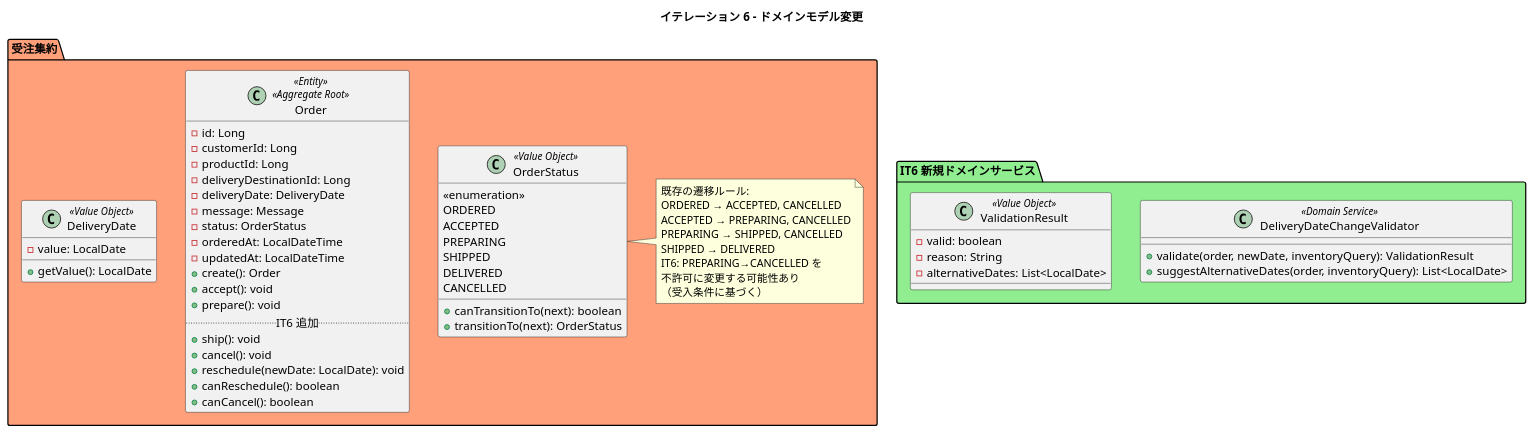
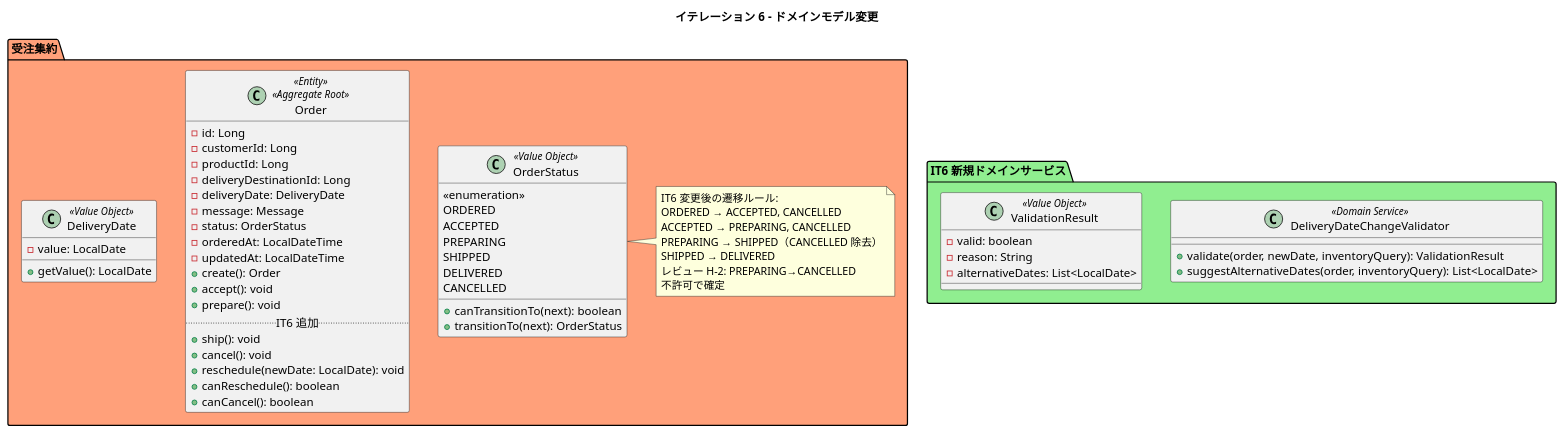
Before and after one commit to k2works/case-study-sdd-development: the third of 4 diagrams in docs/development/iteration_plan-6.md, drawn with PlantUML. The commit also changed other lines of this file, not shown here.

````diff
--- a/docs/development/iteration_plan-6.md
+++ b/docs/development/iteration_plan-6.md
@@ -213,71 +223,70 @@
 ```plantuml
 @startuml
 
 title イテレーション 6 - ドメインモデル変更
 
 package "受注集約" #lightsalmon {
   class Order <<Entity>> <<Aggregate Root>> {
     - id: Long
     - customerId: Long
     - productId: Long
     - deliveryDestinationId: Long
     - deliveryDate: DeliveryDate
     - message: Message
     - status: OrderStatus
     - orderedAt: LocalDateTime
     - updatedAt: LocalDateTime
     + create(): Order
     + accept(): void
     + prepare(): void
     .. IT6 追加 ..
     + ship(): void
     + cancel(): void
     + reschedule(newDate: LocalDate): void
     + canReschedule(): boolean
     + canCancel(): boolean
   }
 
   class DeliveryDate <<Value Object>> {
     - value: LocalDate
     + getValue(): LocalDate
   }
 
   class OrderStatus <<Value Object>> {
     <<enumeration>>
     ORDERED
     ACCEPTED
     PREPARING
     SHIPPED
     DELIVERED
     CANCELLED
     + canTransitionTo(next): boolean
     + transitionTo(next): OrderStatus
   }
 
   note right of OrderStatus
-    既存の遷移ルール:
+    IT6 変更後の遷移ルール:
     ORDERED → ACCEPTED, CANCELLED
     ACCEPTED → PREPARING, CANCELLED
-    PREPARING → SHIPPED, CANCELLED
+    PREPARING → SHIPPED（CANCELLED 除去）
     SHIPPED → DELIVERED
-    IT6: PREPARING→CANCELLED を
-    不許可に変更する可能性あり
-    （受入条件に基づく）
+    レビュー H-2: PREPARING→CANCELLED
+    不許可で確定
   end note
 }
 
 package "IT6 新規ドメインサービス" #lightgreen {
   class DeliveryDateChangeValidator <<Domain Service>> {
     + validate(order, newDate, inventoryQuery): ValidationResult
     + suggestAlternativeDates(order, inventoryQuery): List<LocalDate>
   }
 
   class ValidationResult <<Value Object>> {
     - valid: boolean
     - reason: String
     - alternativeDates: List<LocalDate>
   }
 }
 
 @enduml
 ```
````
